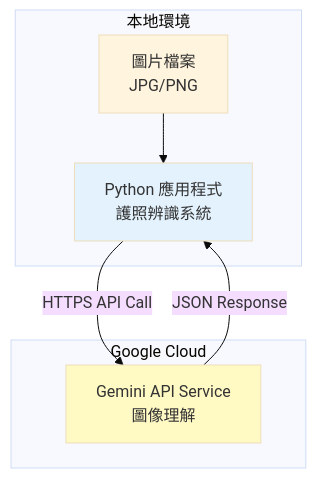
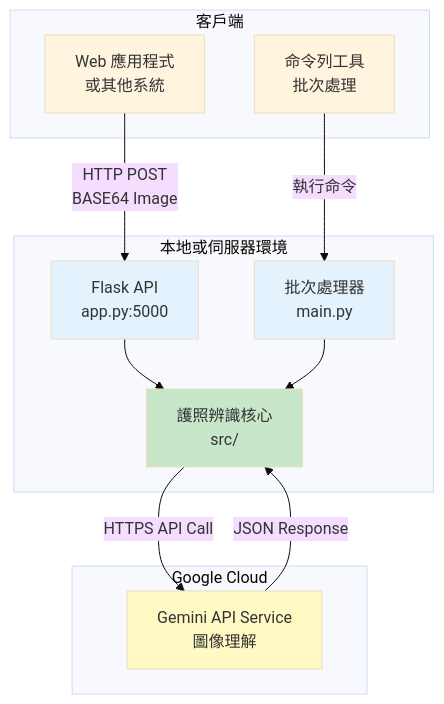
The fifth of 5 diagrams in 元件圖.md (wu02067602/Passport-image-recognition), drawn with Mermaid (base theme) before and after one commit. The commit also changed other lines of this file and 3 other files, not shown here.

````diff
--- a/元件圖.md
+++ b/元件圖.md
@@ -120,18 +181,30 @@
 ```mermaid
 graph TB
-    subgraph "本地環境"
-        APP[Python 應用程式<br/>護照辨識系統]
-        IMG[圖片檔案<br/>JPG/PNG]
+    subgraph "客戶端"
+        WEB[Web 應用程式<br/>或其他系統]
+        CLI[命令列工具<br/>批次處理]
+    end
+    
+    subgraph "本地或伺服器環境"
+        API[Flask API<br/>app.py:5000]
+        BATCH[批次處理器<br/>main.py]
+        CORE[護照辨識核心<br/>src/]
     end
     
     subgraph "Google Cloud"
         GEMINI[Gemini API Service<br/>圖像理解]
     end
     
-    IMG --> APP
-    APP -->|HTTPS API Call| GEMINI
-    GEMINI -->|JSON Response| APP
+    WEB -->|HTTP POST<br/>BASE64 Image| API
+    CLI -->|執行命令| BATCH
     
-    style APP fill:#e3f2fd
+    API --> CORE
+    BATCH --> CORE
+    CORE -->|HTTPS API Call| GEMINI
+    GEMINI -->|JSON Response| CORE
+    
+    style API fill:#e3f2fd
+    style BATCH fill:#e3f2fd
+    style CORE fill:#c8e6c9
     style GEMINI fill:#fff9c4
 ```
````
